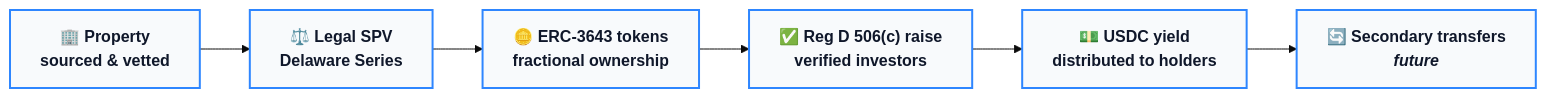
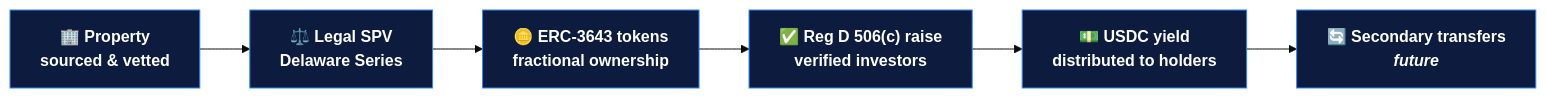
One commit to Gur-noor/Property-United changed the diagram in docs/solution.md. Above: the diagram before and after it, drawn with Mermaid (base theme). The commit also changed other lines of this file and 14 other files, not shown here.

````diff
--- a/docs/solution.md
+++ b/docs/solution.md
@@ -11,11 +11,11 @@
 ```mermaid
 flowchart LR
     A["🏢 Property<br/>sourced & vetted"] --> B["⚖️ Legal SPV<br/>Delaware Series"]
     B --> C["🪙 ERC-3643 tokens<br/>fractional ownership"]
     C --> D["✅ Reg D 506(c) raise<br/>verified investors"]
     D --> E["💵 USDC yield<br/>distributed to holders"]
     E --> F["🔄 Secondary transfers<br/><i>future</i>"]
 
-    classDef step fill:#F8FAFC,stroke:#2E86FF,color:#0F172A,stroke-width:2px,font-weight:bold;
+    classDef step fill:#0d1b3e,stroke:#2E86FF,color:#ffffff,font-weight:600;
     class A,B,C,D,E,F step;
 ```
````
